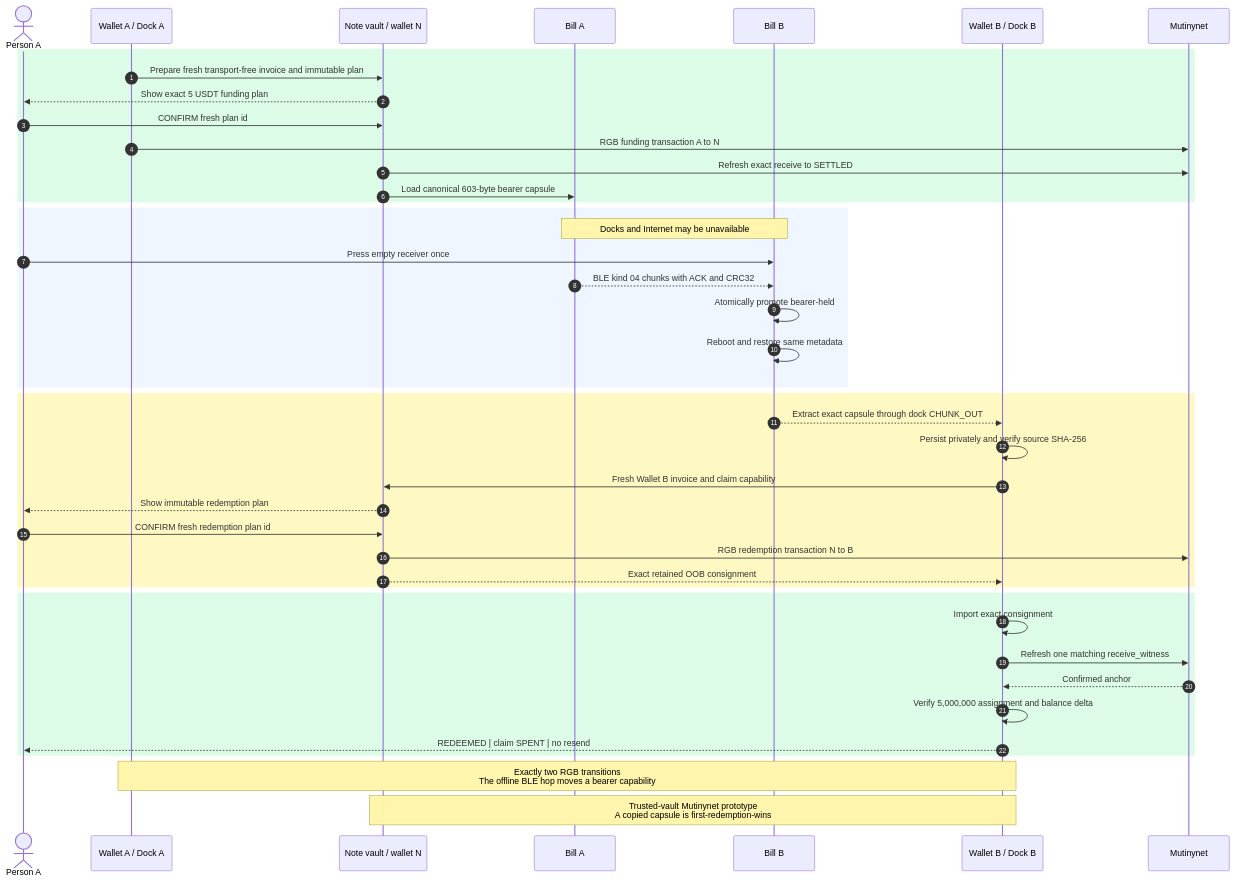
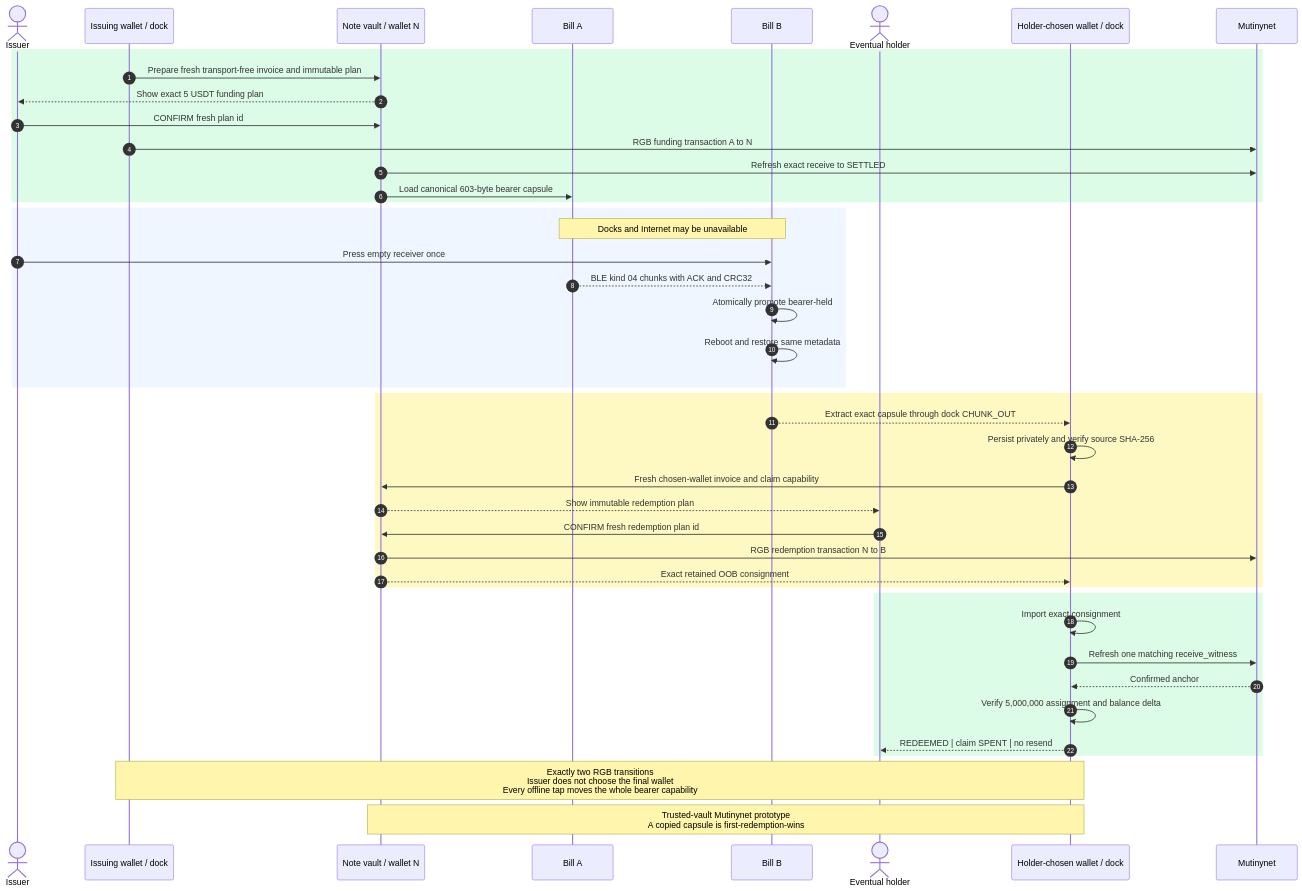
One commit to EdwinKestler/bill changed the diagram in docs/diagrams/src/03-rgb-transfer-sequence.mmd. Above: the diagram before and after it, drawn with Mermaid. The commit also changed 47 other files, not shown here.

Commit message:
Ship offline RGB bearer-note web flow

```diff
--- a/docs/diagrams/src/03-rgb-transfer-sequence.mmd
+++ b/docs/diagrams/src/03-rgb-transfer-sequence.mmd
@@ -1,47 +1,48 @@
 sequenceDiagram
     autonumber
-    actor personA as Person A
-    participant walletA as Wallet A / Dock A
+    actor personA as Issuer
+    participant walletA as Issuing wallet / dock
     participant vault as Note vault / wallet N
     participant billA as Bill A
     participant billB as Bill B
-    participant walletB as Wallet B / Dock B
+    actor holder as Eventual holder
+    participant walletB as Holder-chosen wallet / dock
     participant chain as Mutinynet
 
     rect rgb(220, 252, 231)
         walletA->>vault: Prepare fresh transport-free invoice and immutable plan
         vault-->>personA: Show exact 5 USDT funding plan
         personA->>vault: CONFIRM fresh plan id
         walletA->>chain: RGB funding transaction A to N
         vault->>chain: Refresh exact receive to SETTLED
         vault->>billA: Load canonical 603-byte bearer capsule
     end
 
     rect rgb(239, 246, 255)
         Note over billA,billB: Docks and Internet may be unavailable
         personA->>billB: Press empty receiver once
         billA-->>billB: BLE kind 04 chunks with ACK and CRC32
         billB->>billB: Atomically promote bearer-held
         billB->>billB: Reboot and restore same metadata
     end
 
     rect rgb(254, 249, 195)
         billB-->>walletB: Extract exact capsule through dock CHUNK_OUT
         walletB->>walletB: Persist privately and verify source SHA-256
-        walletB->>vault: Fresh Wallet B invoice and claim capability
-        vault-->>personA: Show immutable redemption plan
-        personA->>vault: CONFIRM fresh redemption plan id
+        walletB->>vault: Fresh chosen-wallet invoice and claim capability
+        vault-->>holder: Show immutable redemption plan
+        holder->>vault: CONFIRM fresh redemption plan id
         vault->>chain: RGB redemption transaction N to B
         vault-->>walletB: Exact retained OOB consignment
     end
 
     rect rgb(220, 252, 231)
         walletB->>walletB: Import exact consignment
         walletB->>chain: Refresh one matching receive_witness
         chain-->>walletB: Confirmed anchor
         walletB->>walletB: Verify 5,000,000 assignment and balance delta
-        walletB-->>personA: REDEEMED | claim SPENT | no resend
+        walletB-->>holder: REDEEMED | claim SPENT | no resend
     end
 
-    Note over walletA,walletB: Exactly two RGB transitions<br/>The offline BLE hop moves a bearer capability
+    Note over walletA,walletB: Exactly two RGB transitions<br/>Issuer does not choose the final wallet<br/>Every offline tap moves the whole bearer capability
     Note over vault,walletB: Trusted-vault Mutinynet prototype<br/>A copied capsule is first-redemption-wins
```
